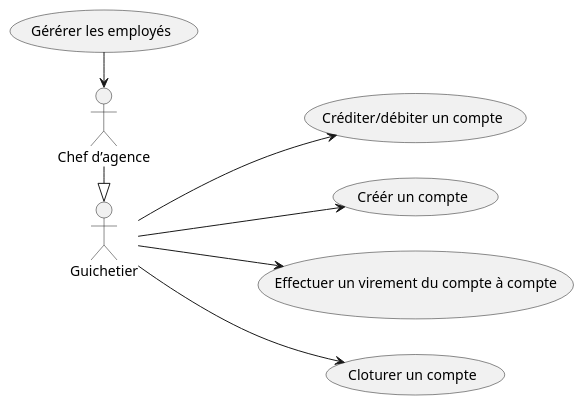
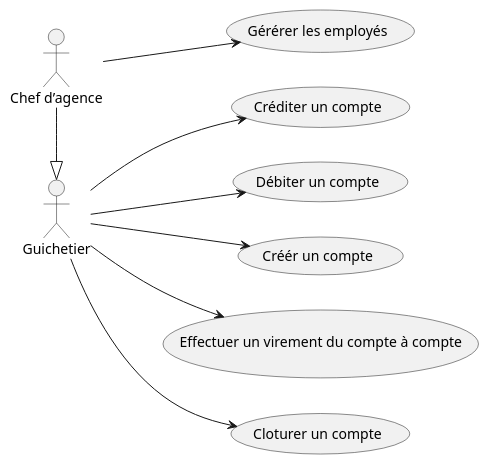
One commit to IUT-Blagnac/sae2023-bank-3b1 changed the diagram in plantUML/useCaseV1.puml. Above: the diagram before and after it, drawn with PlantUML.

Commit message:
Modification du diagramme de use case pour la V1

```diff
--- a/plantUML/useCaseV1.puml
+++ b/plantUML/useCaseV1.puml
@@ -1,23 +1,25 @@
 @startuml
 left to right direction
 
-:Guichetier:
-:Chef d’agence:
+:Guichetier: as guichetier
+:Chef d’agence: as chef
 
-(Créditer/débiter un compte)
-(Créér un compte)
-(Effectuer un virement du compte à compte)
-(Cloturer un compte)
-(Gérérer les employés)
+(Créditer un compte) as crediter
+(Débiter un compte) as debiter
+(Créér un compte) as creer
+(Effectuer un virement du compte à compte) as virement
+(Cloturer un compte) as cloturer
+(Gérérer les employés) as gerer
 
 
-Guichetier --> (Créditer/débiter un compte)
-Guichetier --> (Créér un compte)
-Guichetier --> (Effectuer un virement du compte à compte)
-Guichetier --> (Cloturer un compte)
- (Gérérer les employés)  -> :Chef d’agence:
+guichetier --> crediter
+guichetier --> debiter
+guichetier --> creer
+guichetier --> virement
+guichetier --> cloturer
+chef --> gerer
 
-:Chef d’agence: -|> Guichetier
+chef -|> guichetier
 
 
 @enduml
```
